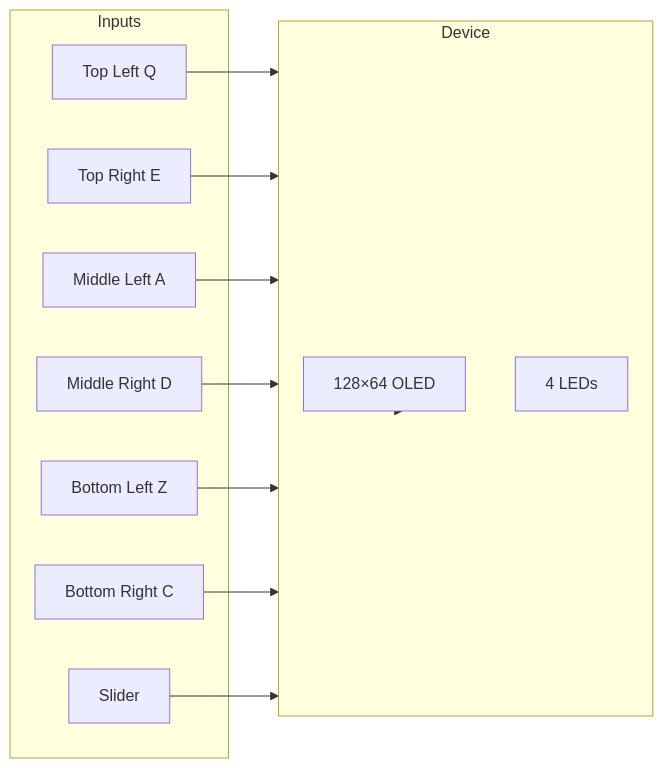
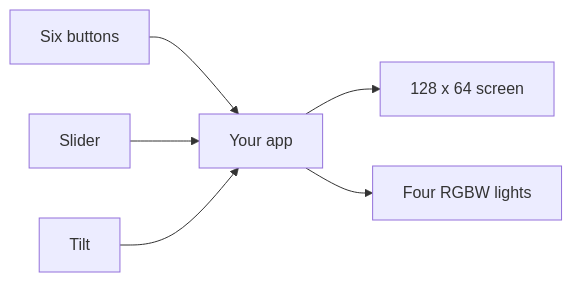
Before and after one commit to CyberFidget/cyberfidget-docs: the third of 4 diagrams in docs/software/emulator.md, drawn with Mermaid. The commit also changed other lines of this file and 20 other files, not shown here.

````diff
--- a/docs/software/emulator.md
+++ b/docs/software/emulator.md
@@ -84,20 +68,8 @@
-``` mermaid
+```mermaid
 flowchart LR
-  subgraph Inputs
-    B1[Top Left Q]
-    B2[Top Right E]
-    B3[Middle Left A]
-    B4[Middle Right D]
-    B5[Bottom Left Z]
-    B6[Bottom Right C]
-    S[Slider]
-  end
-  subgraph Device
-    OLED[128×64 OLED]
-    LED[4 LEDs]
-  end
-  B1 & B2 & B3 & B4 & B5 & B6 --> Device
-  S --> Device
-  Device --> OLED
-  Device --> LED
+    Buttons[Six buttons] --> App[Your app]
+    Slider[Slider] --> App
+    Tilt[Tilt] --> App
+    App --> Screen[128 x 64 screen]
+    App --> Lights[Four RGBW lights]
 ```
````
